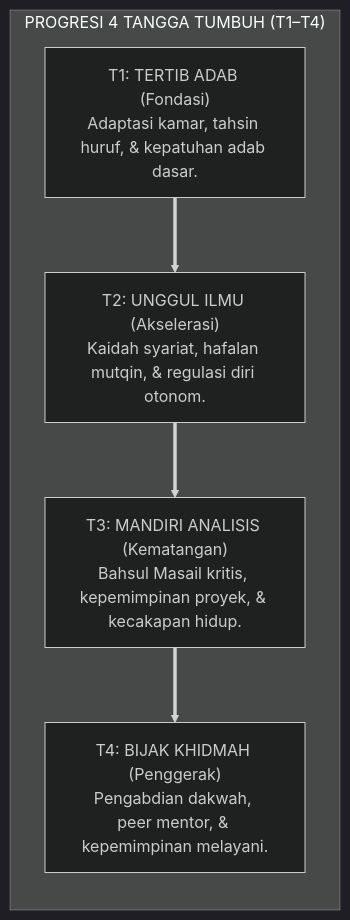
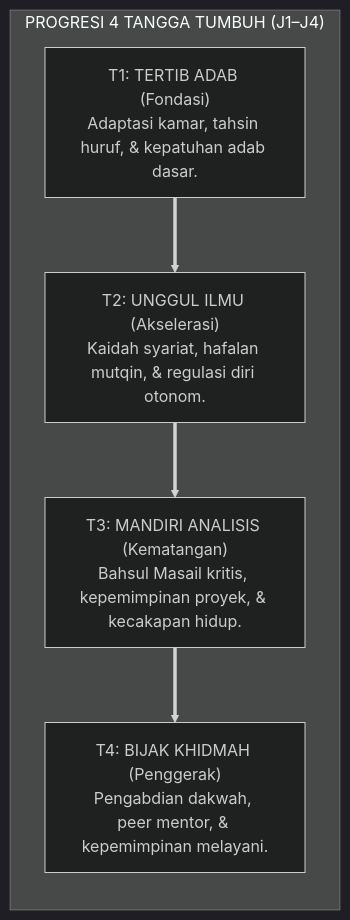
The sixth of 8 diagrams in 02 Principles/02 Design Principles/P2-02-01-Prinsip-Desain-Kurikulum-Holistik.md (wandiapriliyandi/tumbuh), drawn with Mermaid (dark theme) before and after one commit. The commit also changed other lines of this file and 209 other files, not shown here.

````diff
--- a/02 Principles/02 Design Principles/P2-02-01-Prinsip-Desain-Kurikulum-Holistik.md
+++ b/02 Principles/02 Design Principles/P2-02-01-Prinsip-Desain-Kurikulum-Holistik.md
@@ -185,14 +185,14 @@
 ```mermaid
 graph LR
-    subgraph TanggaProgresiKurikulum["PROGRESI 4 TANGGA TUMBUH (T1–T4)"]
+    subgraph TanggaProgresiKurikulum["PROGRESI 4 TANGGA TUMBUH (J1–J4)"]
         T1["T1: TERTIB ADAB (Fondasi)<br/>Adaptasi kamar, tahsin huruf, & kepatuhan adab dasar."]
         
         T2["T2: UNGGUL ILMU (Akselerasi)<br/>Kaidah syariat, hafalan mutqin, & regulasi diri otonom."]
         
         T3["T3: MANDIRI ANALISIS (Kematangan)<br/>Bahsul Masail kritis, kepemimpinan proyek, & kecakapan hidup."]
         
         T4["T4: BIJAK KHIDMAH (Penggerak)<br/>Pengabdian dakwah, peer mentor, & kepemimpinan melayani."]
         
         T1 ==> T2 ==> T3 ==> T4
     end
 ```
````
